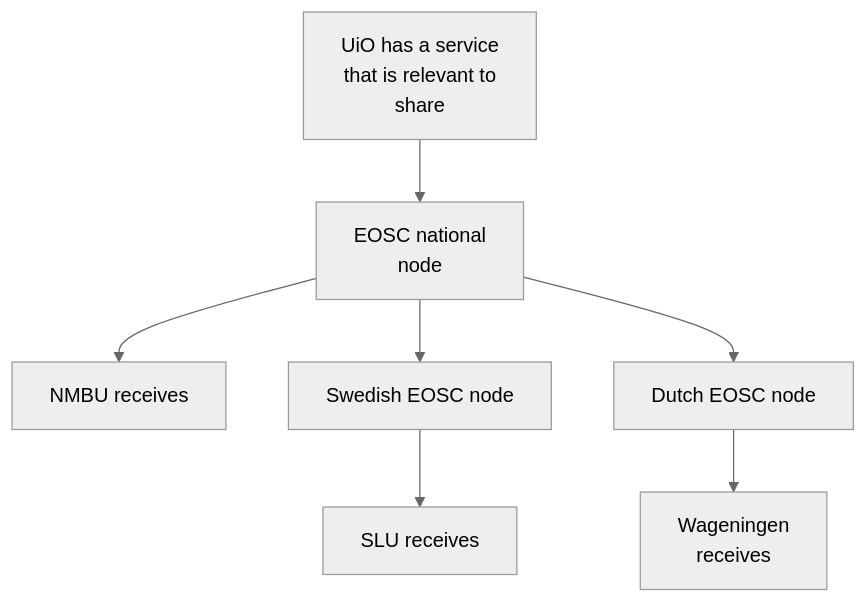
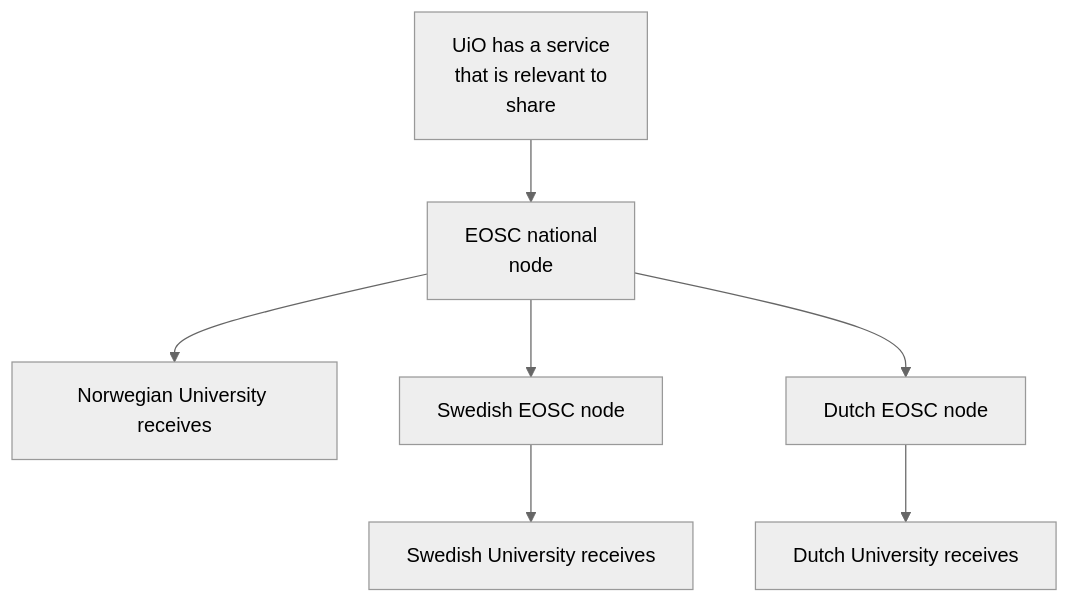
The first of 2 diagrams in services.md (sigridg/EOSC), drawn with Mermaid (neutral theme) before and after one commit. The commit also changed other lines of this file and 1 other file, not shown here.

````diff
--- a/services.md
+++ b/services.md
@@ -15,9 +15,9 @@
 ```mermaid
 graph TD
     A[UiO has a service<br/>that is relevant to<br/>share] --> B[EOSC national<br/>node]
-    B --> C[NMBU receives]
+    B --> C[Norwegian University receives]
     B --> D[Swedish EOSC node]
     B --> E[Dutch EOSC node]
-    D --> F[SLU receives]
-    E --> G[Wageningen<br/>receives]
+    D --> F[Swedish University receives]
+    E --> G[Dutch University receives]
 ```
````
